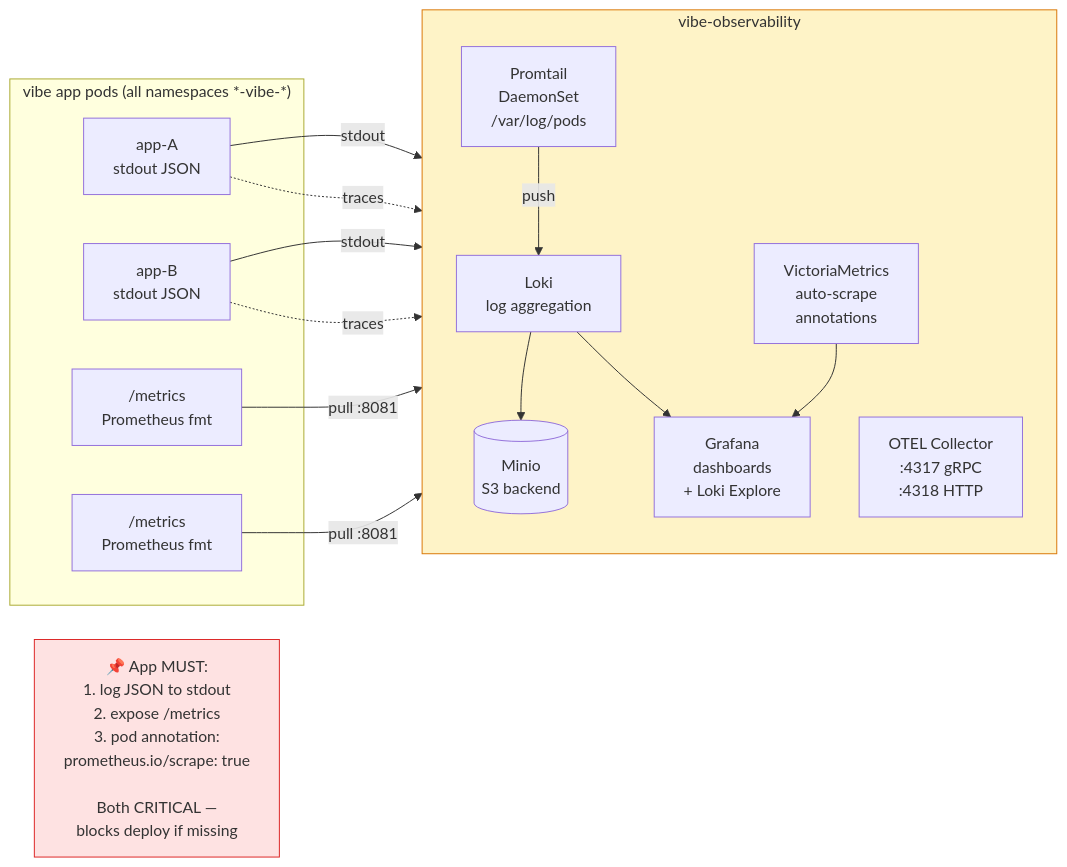
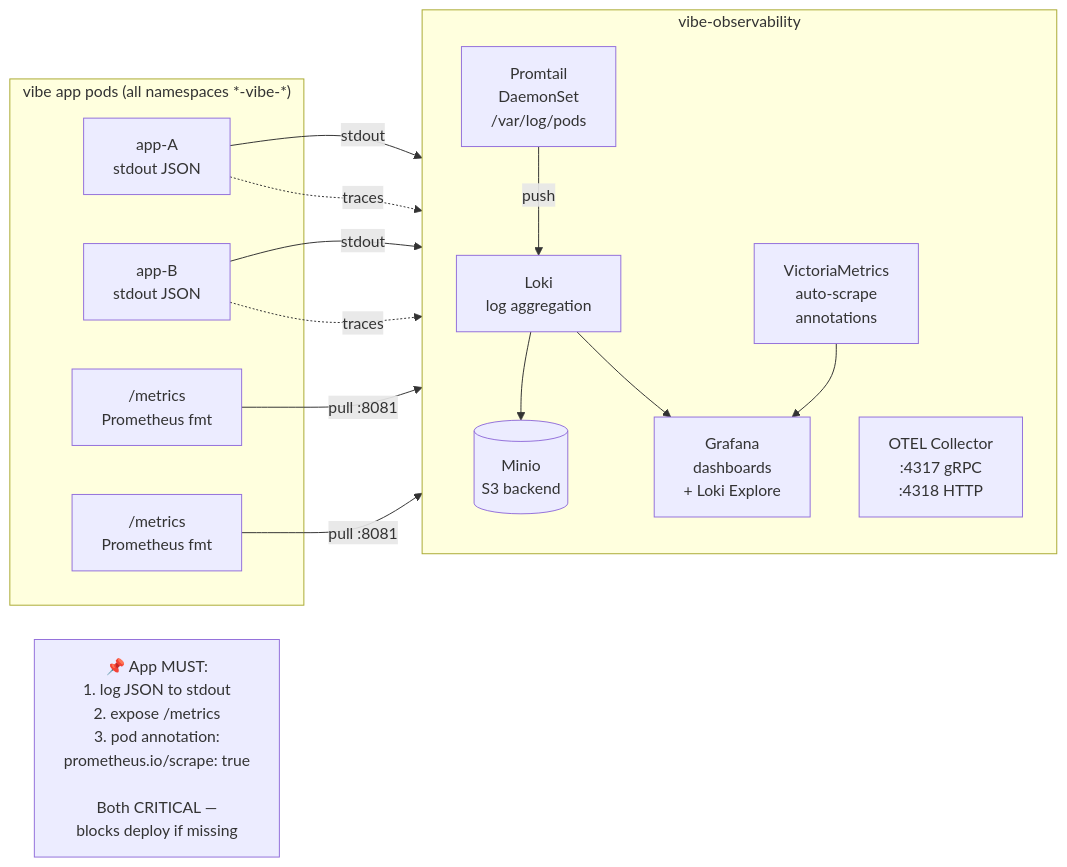
One commit to lorenzogirardi/website changed the fourth of 6 diagrams in content/posts/ai-agentic-development-changes-who-builds-software-and-thats-an-infrastructure-problem.md. Above: the diagram before and after it, drawn with Mermaid. The commit also changed other lines of this file, not shown here.

````diff
--- a/content/posts/ai-agentic-development-changes-who-builds-software-and-thats-an-infrastructure-problem.md
+++ b/content/posts/ai-agentic-development-changes-who-builds-software-and-thats-an-infrastructure-problem.md
@@ -578,35 +562,33 @@
 ```mermaid
 flowchart LR
     subgraph apps["vibe app pods (all namespaces *-vibe-*)"]
         a1["app-A<br/>stdout JSON"]
         a2["app-B<br/>stdout JSON"]
         metrics1["/metrics<br/>Prometheus fmt"]
         metrics2["/metrics<br/>Prometheus fmt"]
     end
 
     subgraph obs["vibe-observability"]
         direction TB
         promtail["Promtail<br/>DaemonSet<br/>/var/log/pods"]
         vm["VictoriaMetrics<br/>auto-scrape<br/>annotations"]
         loki["Loki<br/>log aggregation"]
         minio[("Minio<br/>S3 backend")]
         grafana["Grafana<br/>dashboards<br/>+ Loki Explore"]
         otel["OTEL Collector<br/>:4317 gRPC<br/>:4318 HTTP"]
     end
 
     a1 -->|stdout| promtail
     a2 -->|stdout| promtail
     promtail -->|push| loki
     loki --> minio
     metrics1 -->|"pull :8081"| vm
     metrics2 -->|"pull :8081"| vm
     vm --> grafana
     loki --> grafana
     a1 -.->|traces| otel
     a2 -.->|traces| otel
 
     note["📌 App MUST:<br/>1. log JSON to stdout<br/>2. expose /metrics<br/>3. pod annotation:<br/>prometheus.io/scrape: true<br/><br/>Both CRITICAL —<br/>blocks deploy if missing"]
 
-    style obs fill:#fef3c7,stroke:#d97706
-    style note fill:#fee2e2,stroke:#dc2626
 ```
````
